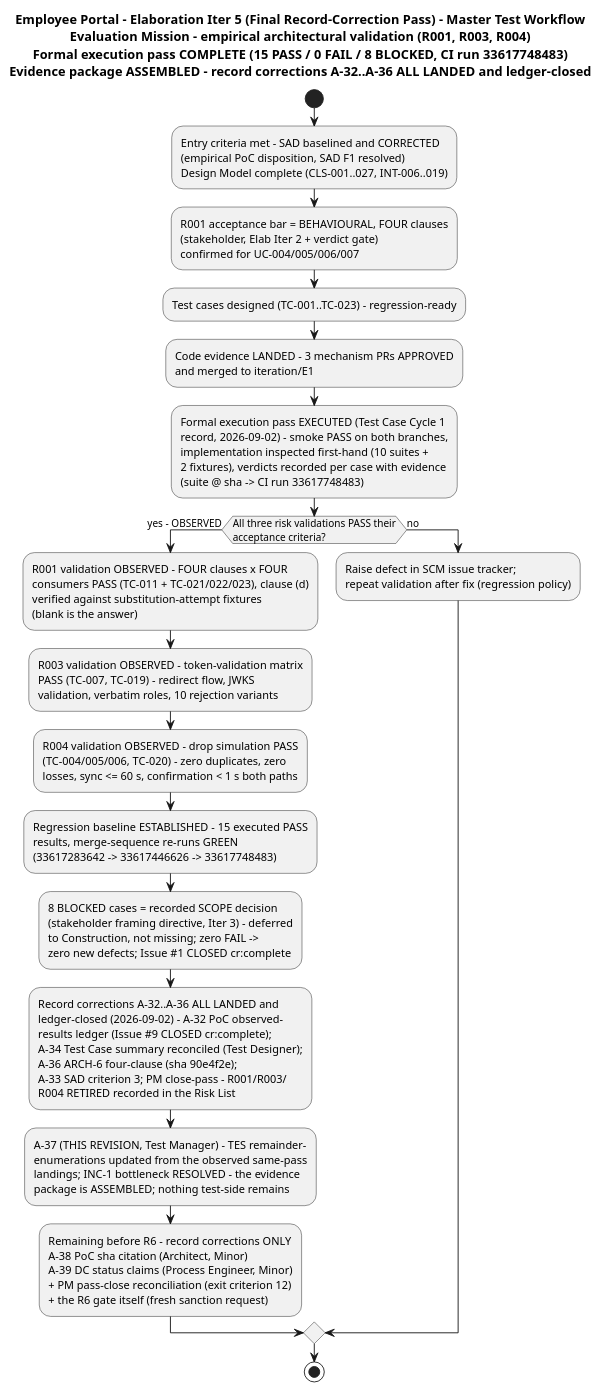
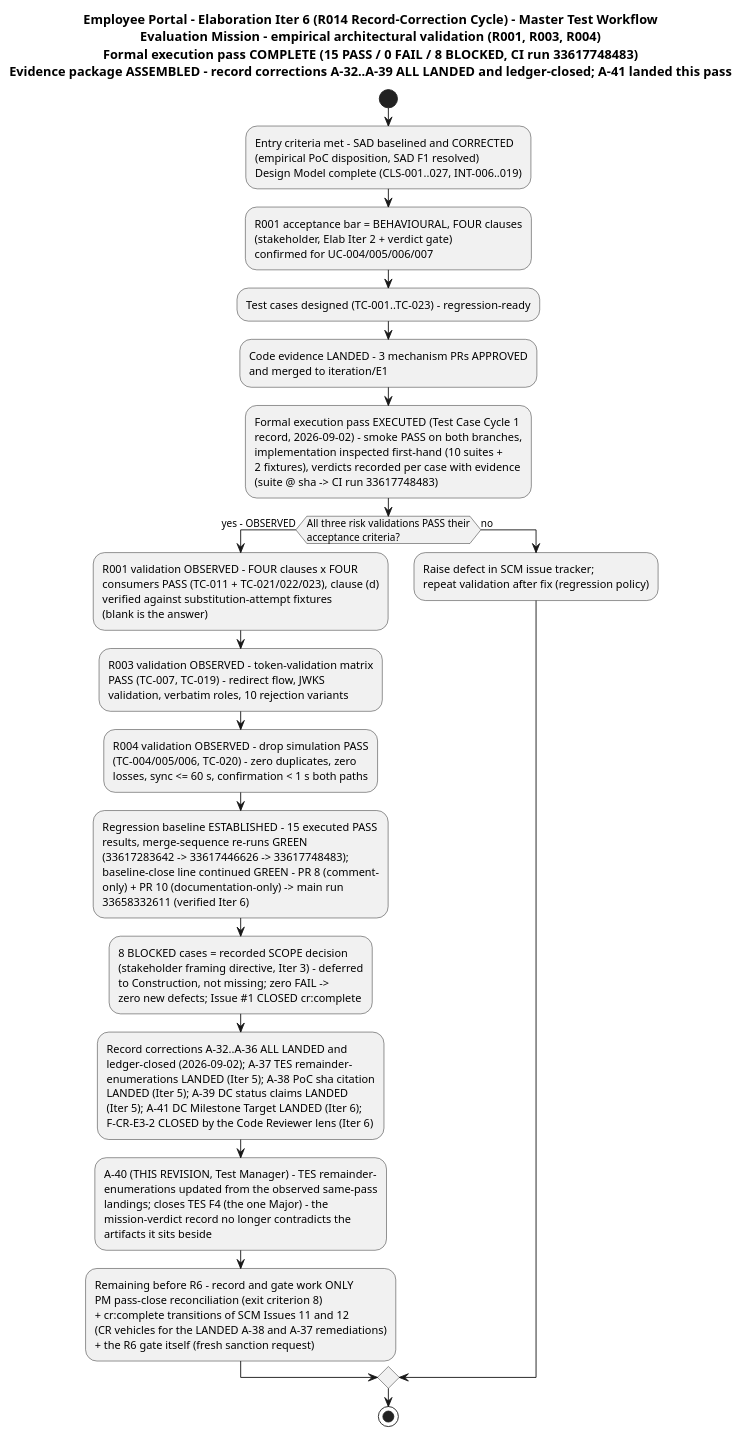
Before and after one commit to banense-test/employee-portal: the second of 5 diagrams in docs/artifacts/test/test-evaluation-summary.md, drawn with PlantUML. The commit also changed other lines of this file, not shown here.

First line of the commit message:
Test Manager [E6]: upsert Test Evaluation Summary

````diff
--- a/docs/artifacts/test/test-evaluation-summary.md
+++ b/docs/artifacts/test/test-evaluation-summary.md
@@ -129,25 +129,25 @@
 ```plantuml
 @startuml
-title Employee Portal - Elaboration Iter 5 (Final Record-Correction Pass) - Master Test Workflow\nEvaluation Mission - empirical architectural validation (R001, R003, R004)\nFormal execution pass COMPLETE (15 PASS / 0 FAIL / 8 BLOCKED, CI run 33617748483)\nEvidence package ASSEMBLED - record corrections A-32..A-36 ALL LANDED and ledger-closed
+title Employee Portal - Elaboration Iter 6 (R014 Record-Correction Cycle) - Master Test Workflow\nEvaluation Mission - empirical architectural validation (R001, R003, R004)\nFormal execution pass COMPLETE (15 PASS / 0 FAIL / 8 BLOCKED, CI run 33617748483)\nEvidence package ASSEMBLED - record corrections A-32..A-39 ALL LANDED and ledger-closed; A-41 landed this pass
 
 start
 :Entry criteria met - SAD baselined and CORRECTED\n(empirical PoC disposition, SAD F1 resolved)\nDesign Model complete (CLS-001..027, INT-006..019);
 :R001 acceptance bar = BEHAVIOURAL, FOUR clauses\n(stakeholder, Elab Iter 2 + verdict gate)\nconfirmed for UC-004/005/006/007;
 :Test cases designed (TC-001..TC-023) - regression-ready;
 :Code evidence LANDED - 3 mechanism PRs APPROVED\nand merged to iteration/E1;
 :Formal execution pass EXECUTED (Test Case Cycle 1\nrecord, 2026-09-02) - smoke PASS on both branches,\nimplementation inspected first-hand (10 suites +\n2 fixtures), verdicts recorded per case with evidence\n(suite @ sha -> CI run 33617748483);
 if (All three risk validations PASS their\nacceptance criteria?) then (yes - OBSERVED)
   :R001 validation OBSERVED - FOUR clauses x FOUR\nconsumers PASS (TC-011 + TC-021/022/023), clause (d)\nverified against substitution-attempt fixtures\n(blank is the answer);
   :R003 validation OBSERVED - token-validation matrix\nPASS (TC-007, TC-019) - redirect flow, JWKS\nvalidation, verbatim roles, 10 rejection variants;
   :R004 validation OBSERVED - drop simulation PASS\n(TC-004/005/006, TC-020) - zero duplicates, zero\nlosses, sync <= 60 s, confirmation < 1 s both paths;
-  :Regression baseline ESTABLISHED - 15 executed PASS\nresults, merge-sequence re-runs GREEN\n(33617283642 -> 33617446626 -> 33617748483);
+  :Regression baseline ESTABLISHED - 15 executed PASS\nresults, merge-sequence re-runs GREEN\n(33617283642 -> 33617446626 -> 33617748483);\nbaseline-close line continued GREEN - PR 8 (comment-\nonly) + PR 10 (documentation-only) -> main run\n33658332611 (verified Iter 6);
   :8 BLOCKED cases = recorded SCOPE decision\n(stakeholder framing directive, Iter 3) - deferred\nto Construction, not missing; zero FAIL ->\nzero new defects; Issue #1 CLOSED cr:complete;
-  :Record corrections A-32..A-36 ALL LANDED and\nledger-closed (2026-09-02) - A-32 PoC observed-\nresults ledger (Issue #9 CLOSED cr:complete);\nA-34 Test Case summary reconciled (Test Designer);\nA-36 ARCH-6 four-clause (sha 90e4f2e);\nA-33 SAD criterion 3; PM close-pass - R001/R003/\nR004 RETIRED recorded in the Risk List;
-  :A-37 (THIS REVISION, Test Manager) - TES remainder-\nenumerations updated from the observed same-pass\nlandings; INC-1 bottleneck RESOLVED - the evidence\npackage is ASSEMBLED; nothing test-side remains;
-  :Remaining before R6 - record corrections ONLY\nA-38 PoC sha citation (Architect, Minor)\nA-39 DC status claims (Process Engineer, Minor)\n+ PM pass-close reconciliation (exit criterion 12)\n+ the R6 gate itself (fresh sanction request);
+  :Record corrections A-32..A-36 ALL LANDED and\nledger-closed (2026-09-02); A-37 TES remainder-\nenumerations LANDED (Iter 5); A-38 PoC sha citation\nLANDED (Iter 5); A-39 DC status claims LANDED\n(Iter 5); A-41 DC Milestone Target LANDED (Iter 6);\nF-CR-E3-2 CLOSED by the Code Reviewer lens (Iter 6);
+  :A-40 (THIS REVISION, Test Manager) - TES remainder-\nenumerations updated from the observed same-pass\nlandings; closes TES F4 (the one Major) - the\nmission-verdict record no longer contradicts the\nartifacts it sits beside;
+  :Remaining before R6 - record and gate work ONLY\nPM pass-close reconciliation (exit criterion 8)\n+ cr:complete transitions of SCM Issues 11 and 12\n(CR vehicles for the LANDED A-38 and A-37 remediations)\n+ the R6 gate itself (fresh sanction request);
 else (no)
   :Raise defect in SCM issue tracker;\nrepeat validation after fix (regression policy);
 endif
 stop
 @enduml
 ```
````
